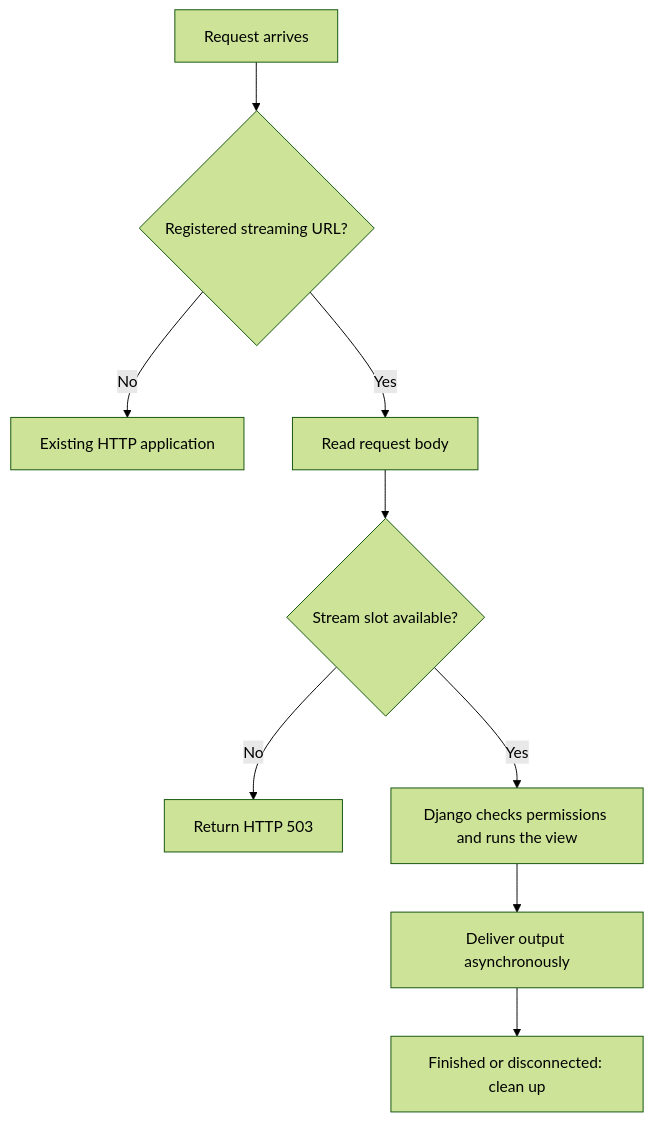
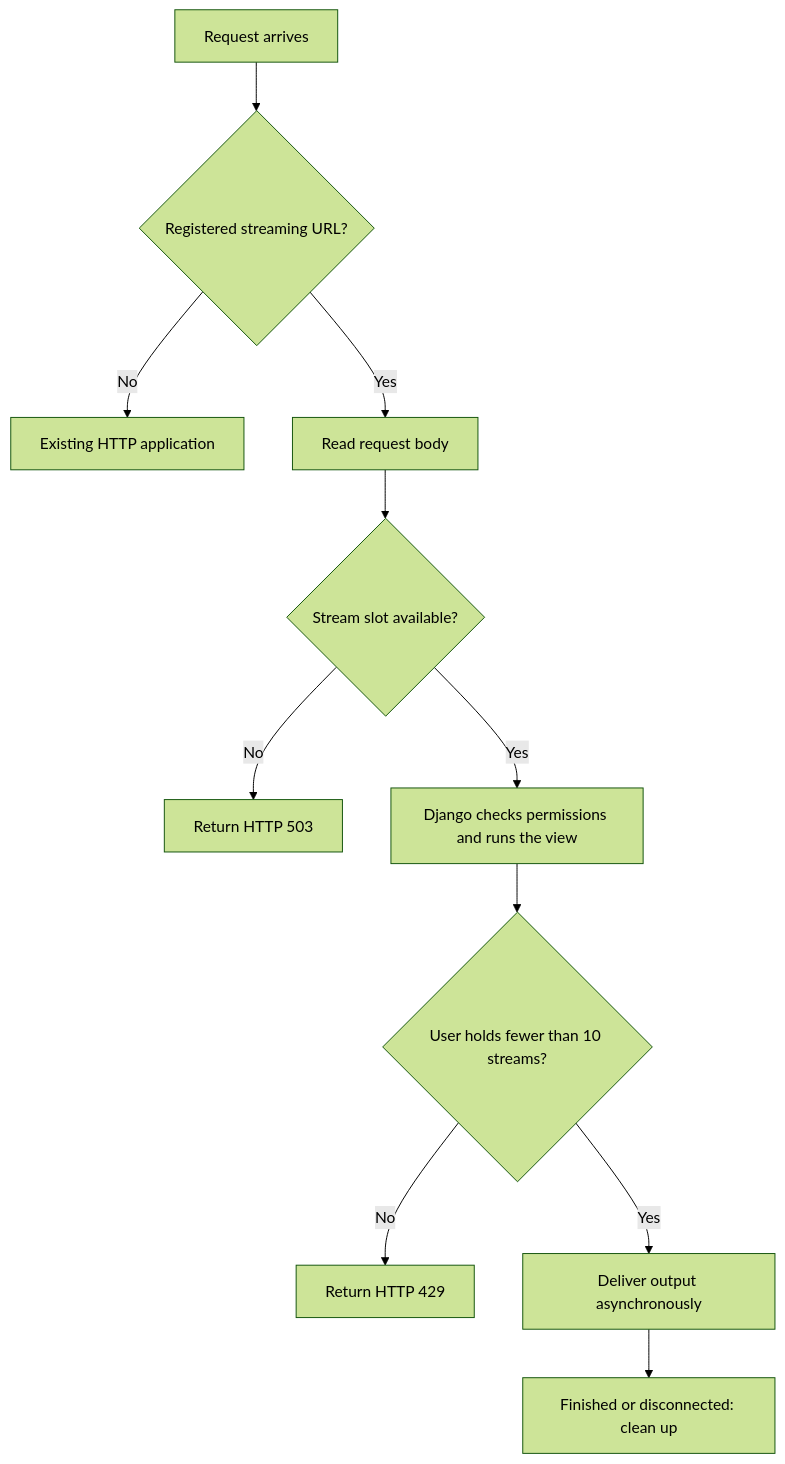
The second of 2 diagrams in docs/development/background-chat-runs.md (bram2w/baserow), drawn with Mermaid (forest theme) before and after one commit. The commit also changed other lines of this file and 5 other files, not shown here.

First line of the commit message:
fix(core): cap the chat streams one user can hold

````diff
--- a/docs/development/background-chat-runs.md
+++ b/docs/development/background-chat-runs.md
@@ -175,11 +175,13 @@
 ```mermaid
 flowchart TD
     A[Request arrives] --> B{Registered streaming URL?}
     B -->|No| C[Existing HTTP application]
     B -->|Yes| D[Read request body]
     D --> E{Stream slot available?}
     E -->|No| F[Return HTTP 503]
     E -->|Yes| G[Django checks permissions and runs the view]
-    G --> H[Deliver output asynchronously]
+    G --> J{User holds fewer than 10 streams?}
+    J -->|No| K[Return HTTP 429]
+    J -->|Yes| H[Deliver output asynchronously]
     H --> I[Finished or disconnected: clean up]
 ```
````
